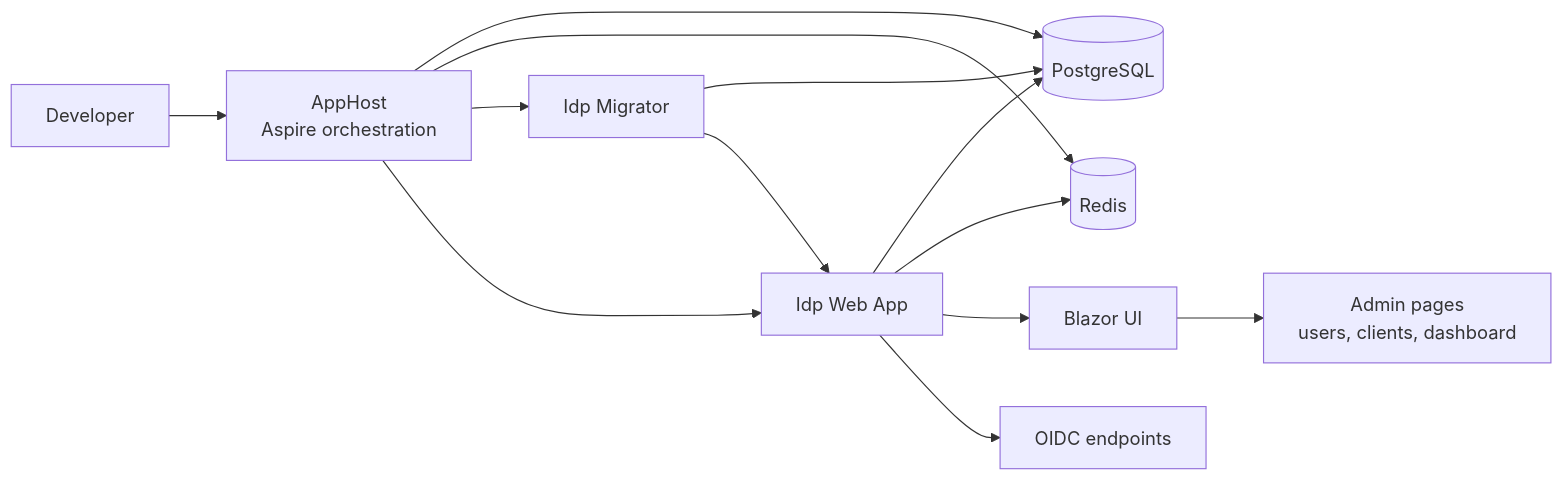
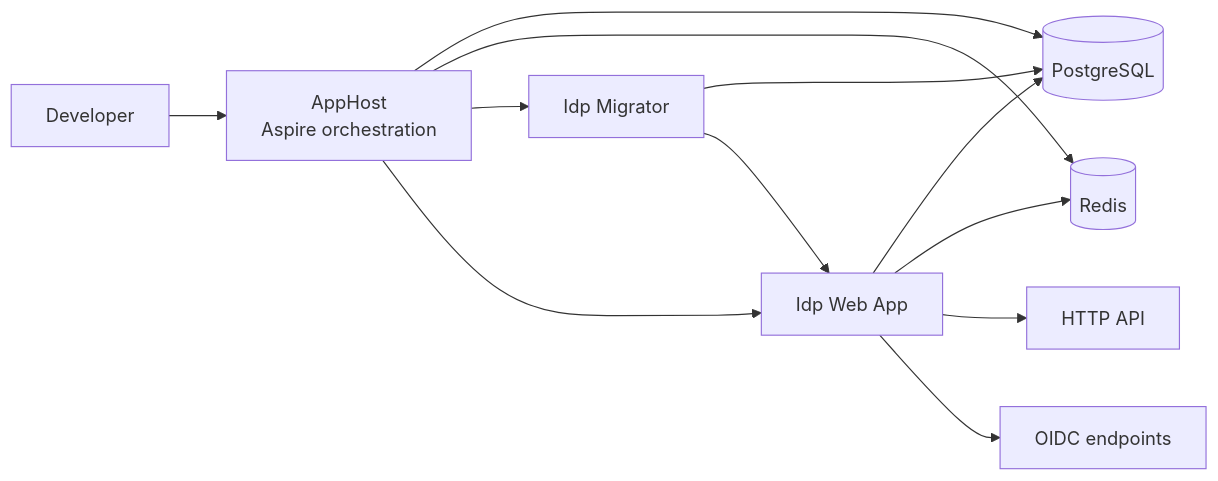
One commit to Breezesea1/BzsOIDC changed the diagram in README.md. Above: the diagram before and after it, drawn with Mermaid. The commit also changed other lines of this file and 133 other files, not shown here.

````diff
--- a/README.md
+++ b/README.md
@@ -49,15 +27,14 @@
 ```mermaid
 flowchart LR
     A[Developer] --> B[AppHost\nAspire orchestration]
     B --> C[(PostgreSQL)]
     B --> D[(Redis)]
     B --> E[Idp Migrator]
     B --> F[Idp Web App]
     E --> C
     E --> F
     F --> C
     F --> D
-    F --> G[Blazor UI]
+    F --> G[HTTP API]
     F --> H[OIDC endpoints]
-    G --> I[Admin pages\nusers, clients, dashboard]
 ```
````
